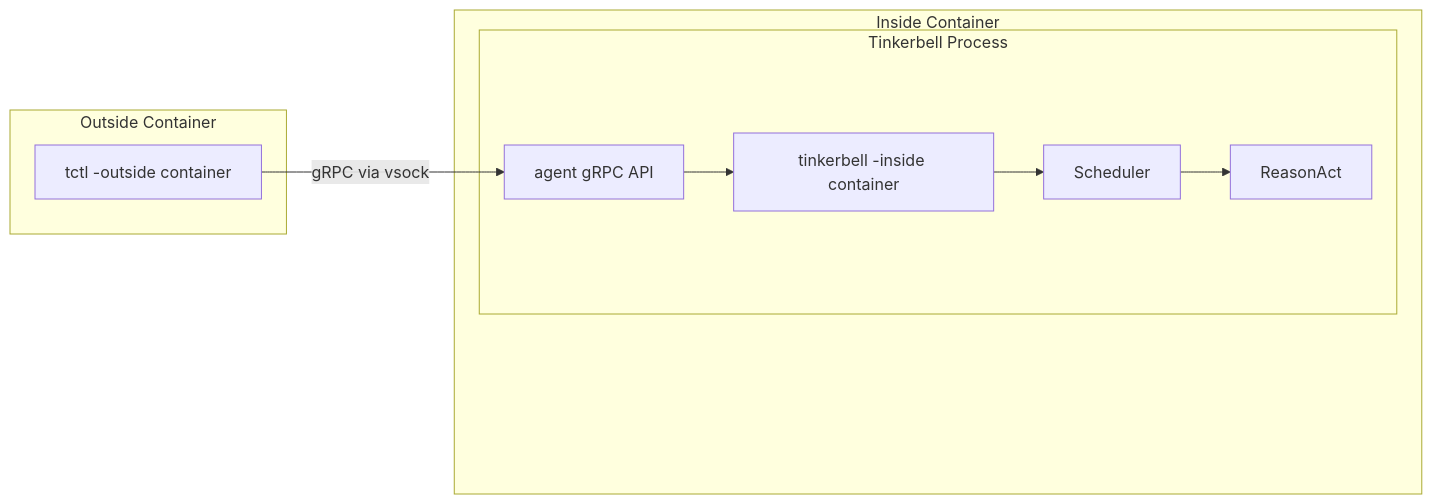
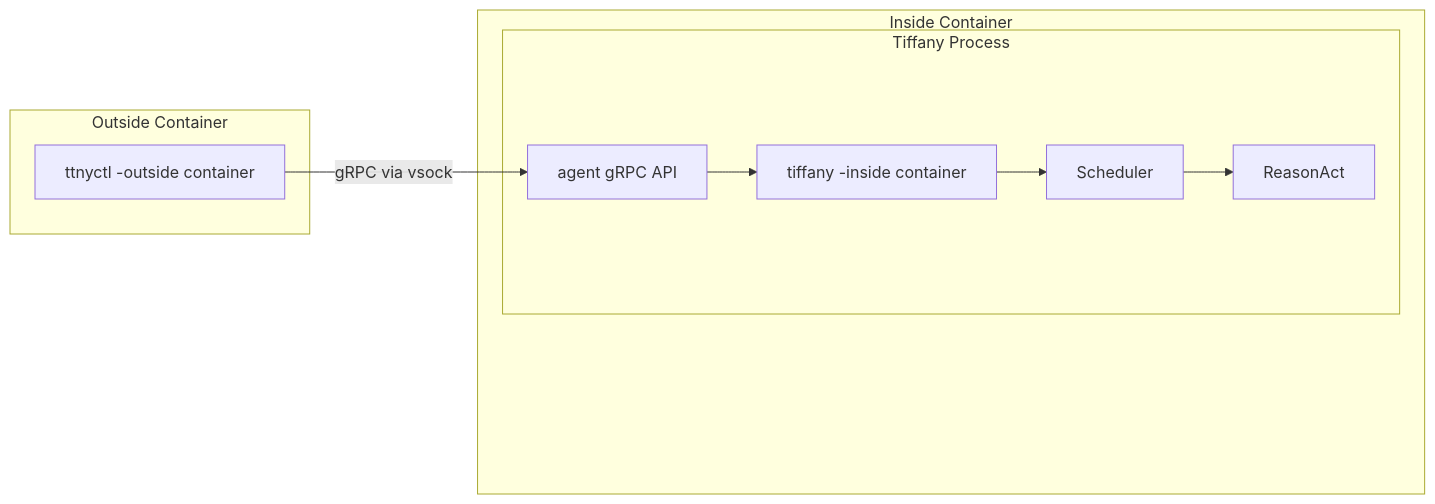
One commit to microscaler/tinkerbell changed the diagram in crates/cli/README.md. Above: the diagram before and after it, drawn with Mermaid. The commit also changed other lines of this file and 98 other files, not shown here.

Commit message:
feat: rename Tinkerbell to Tiffany

`````diff
--- a/crates/cli/README.md
+++ b/crates/cli/README.md
@@ -21,25 +21,25 @@
 ```mermaid
 graph LR
   subgraph Outside Container
-    CLI[tctl -outside container]
+    CLI[ttnyctl -outside container]
   end
   subgraph Inside Container
     %% Padding between containers
     PAD_OUT[" "]:::pad
 
-    subgraph Tinkerbell Process
+    subgraph Tiffany Process
         %% Add invisible nodes for padding
         PAD1[" "]:::pad
         API[agent gRPC API]
-        Agent[tinkerbell -inside container]
+        Agent[tiffany -inside container]
         Scheduler
         ReasonAct
         PAD2[" "]:::pad
     end
     PAD_OUT2[" "]:::pad
     classDef pad fill:transparent,stroke:transparent;
   end
 
   CLI -- gRPC via vsock --> API --> Agent
   Agent --> Scheduler --> ReasonAct
 ````
`````
